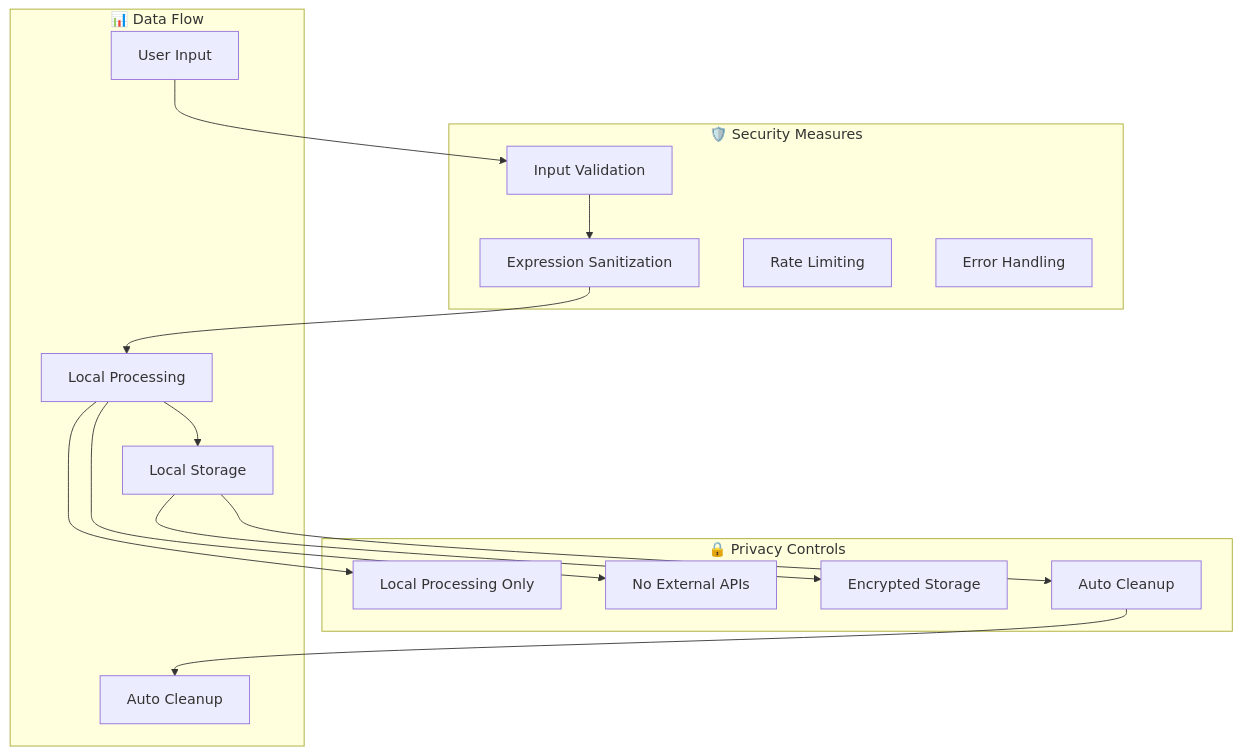
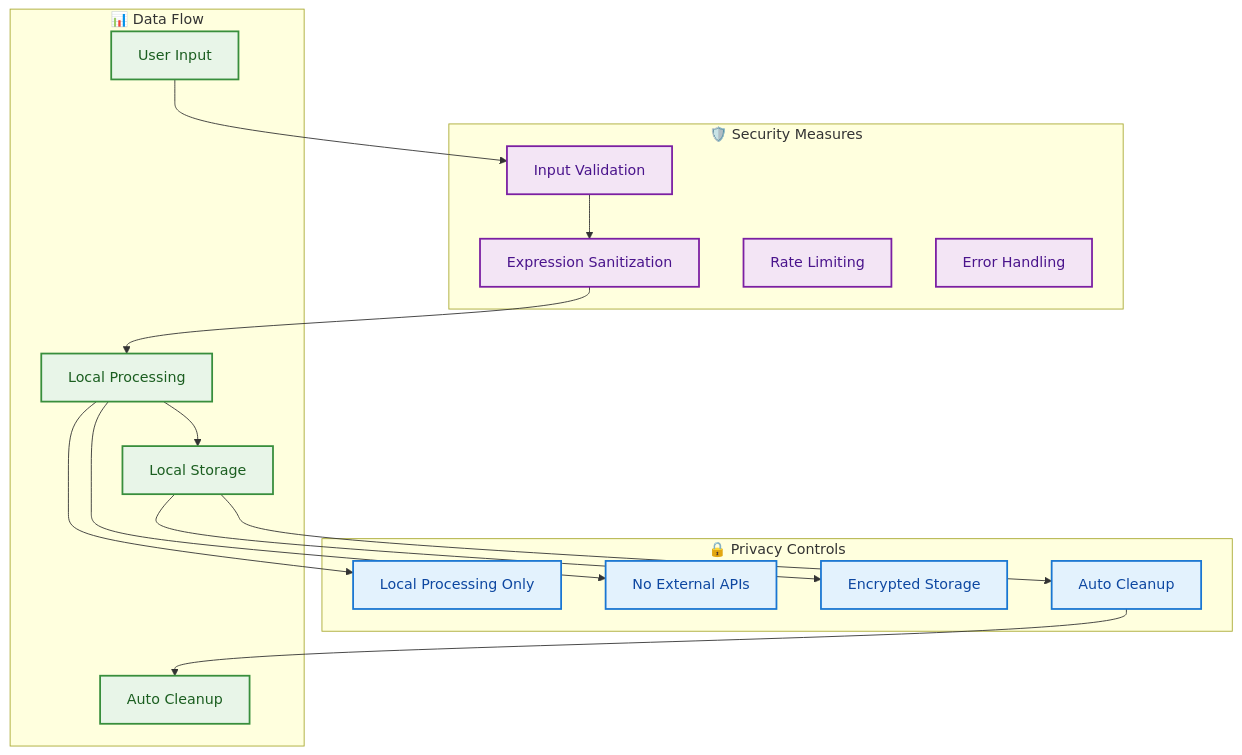
The third of 3 diagrams in docs/TECHNICAL_OVERVIEW.md (khaosans/basic-chat), drawn with Mermaid before and after one commit. The commit also changed other lines of this file and 6 other files, not shown here.

Commit message:
docs: Update documentation for clarity and consistency - Revise links and descriptions in DEVELOPMENT.md, ROADMAP.md, and ARCHITECTURE.md

````diff
--- a/docs/TECHNICAL_OVERVIEW.md
+++ b/docs/TECHNICAL_OVERVIEW.md
@@ -229,35 +248,43 @@
 ```mermaid
 graph TB
     subgraph "🔒 Privacy Controls"
         LOCAL[Local Processing Only]
         NO_EXTERNAL[No External APIs]
         ENCRYPT[Encrypted Storage]
         CLEANUP[Auto Cleanup]
     end
     
     subgraph "🛡️ Security Measures"
         VALIDATION[Input Validation]
         SANITIZATION[Expression Sanitization]
         RATE_LIMIT[Rate Limiting]
         ERROR_HANDLING[Error Handling]
     end
     
     subgraph "📊 Data Flow"
         USER[User Input]
         PROCESS[Local Processing]
         STORE[Local Storage]
         CLEAN[Auto Cleanup]
     end
     
     USER --> VALIDATION
     VALIDATION --> SANITIZATION
     SANITIZATION --> PROCESS
     
     PROCESS --> LOCAL
     PROCESS --> NO_EXTERNAL
     
     PROCESS --> STORE
     STORE --> ENCRYPT
     STORE --> CLEANUP
     CLEANUP --> CLEAN
+    
+    classDef privacy fill:#E3F2FD,stroke:#1976D2,stroke-width:2px,color:#0D47A1
+    classDef security fill:#F3E5F5,stroke:#7B1FA2,stroke-width:2px,color:#4A148C
+    classDef flow fill:#E8F5E8,stroke:#388E3C,stroke-width:2px,color:#1B5E20
+    
+    class LOCAL,NO_EXTERNAL,ENCRYPT,CLEANUP privacy
+    class VALIDATION,SANITIZATION,RATE_LIMIT,ERROR_HANDLING security
+    class USER,PROCESS,STORE,CLEAN flow
 ```
````
